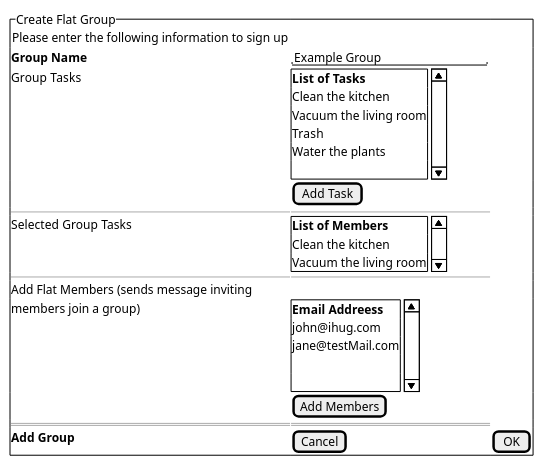
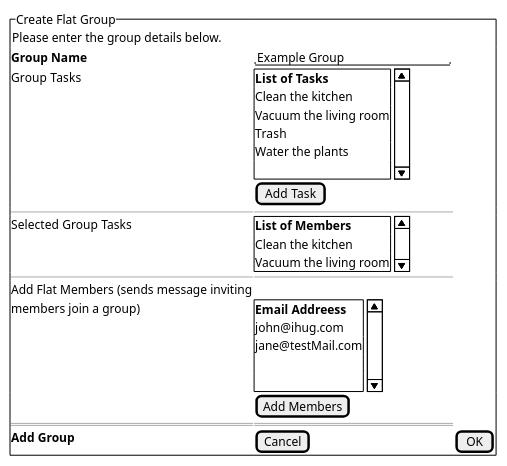
One commit to hamtana/FlatApp changed the diagram in Diagrams/UseCaseDiagrams/LofiCreateFlatGroup.puml. Above: the diagram before and after it, drawn with PlantUML.

Commit message:
fixed the subtext in LofiCreateFlatGroup

```diff
--- a/Diagrams/UseCaseDiagrams/LofiCreateFlatGroup.puml
+++ b/Diagrams/UseCaseDiagrams/LofiCreateFlatGroup.puml
@@ -1,45 +1,45 @@
 @startsalt LofiCreateFlatGroup
 
 
 {^"Create Flat Group" 
-    {Please enter the following information to sign up}
+    {Please enter the group details below.}
     **Group Name**|  "Example Group           " 
     
 
     Group Tasks | {SI
     **List of Tasks**
     Clean the kitchen
     Vacuum the living room
     Trash
     Water the plants
     .
     
     
     }
     . | [Add Task]
 
     ----|----
     Selected Group Tasks | {SI
     **List of Members**
     Clean the kitchen
     Vacuum the living room
     }
 
     ---- | ----
     Add Flat Members (sends message inviting
      members join a group) | {SI 
     **Email Addreess** 
     john@ihug.com
     jane@testMail.com
     .
     .
     }
     . | [Add Members]
 
 
     ====|====
     **Add Group** | [Cancel]|[ OK ]
 
 }
 
 @endsalt
```
